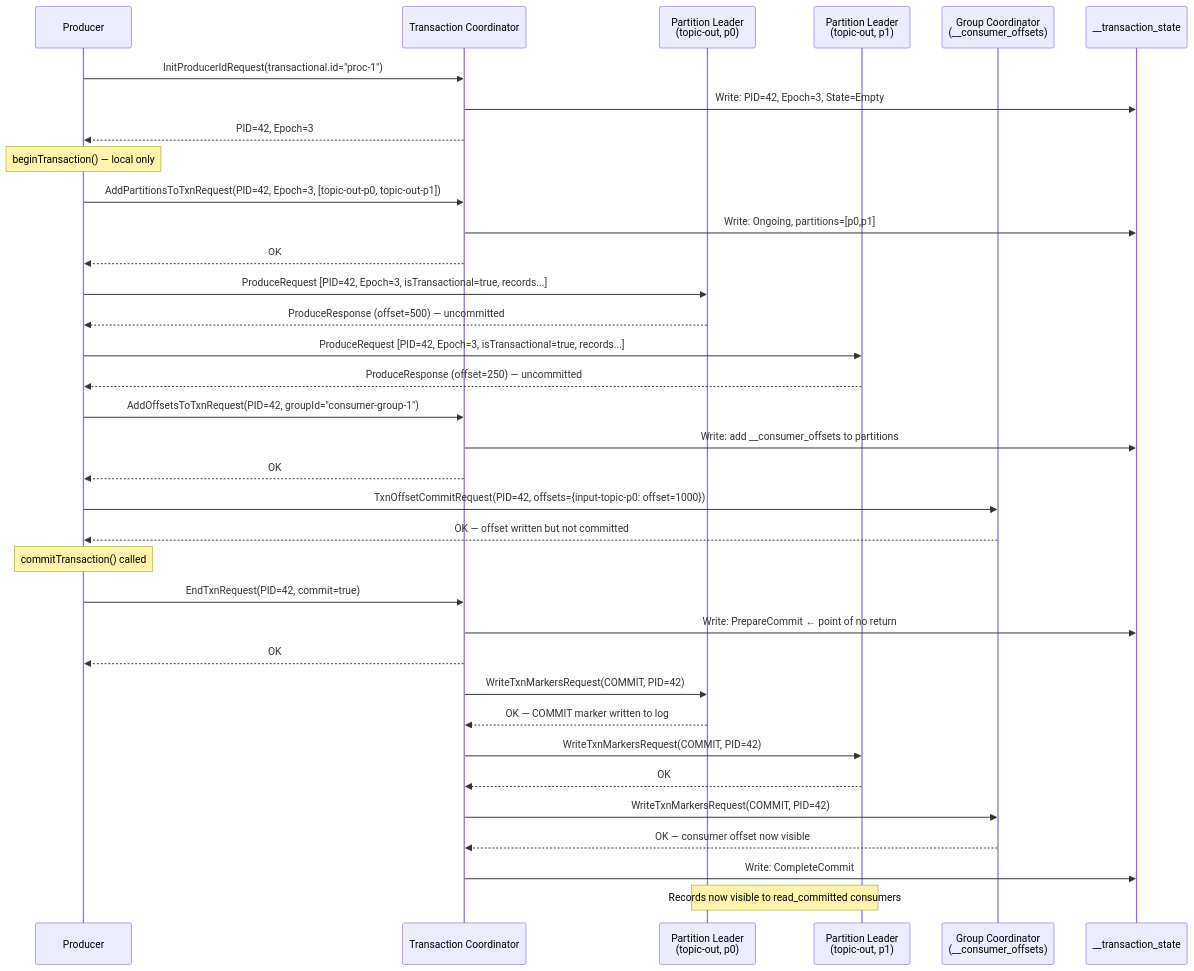
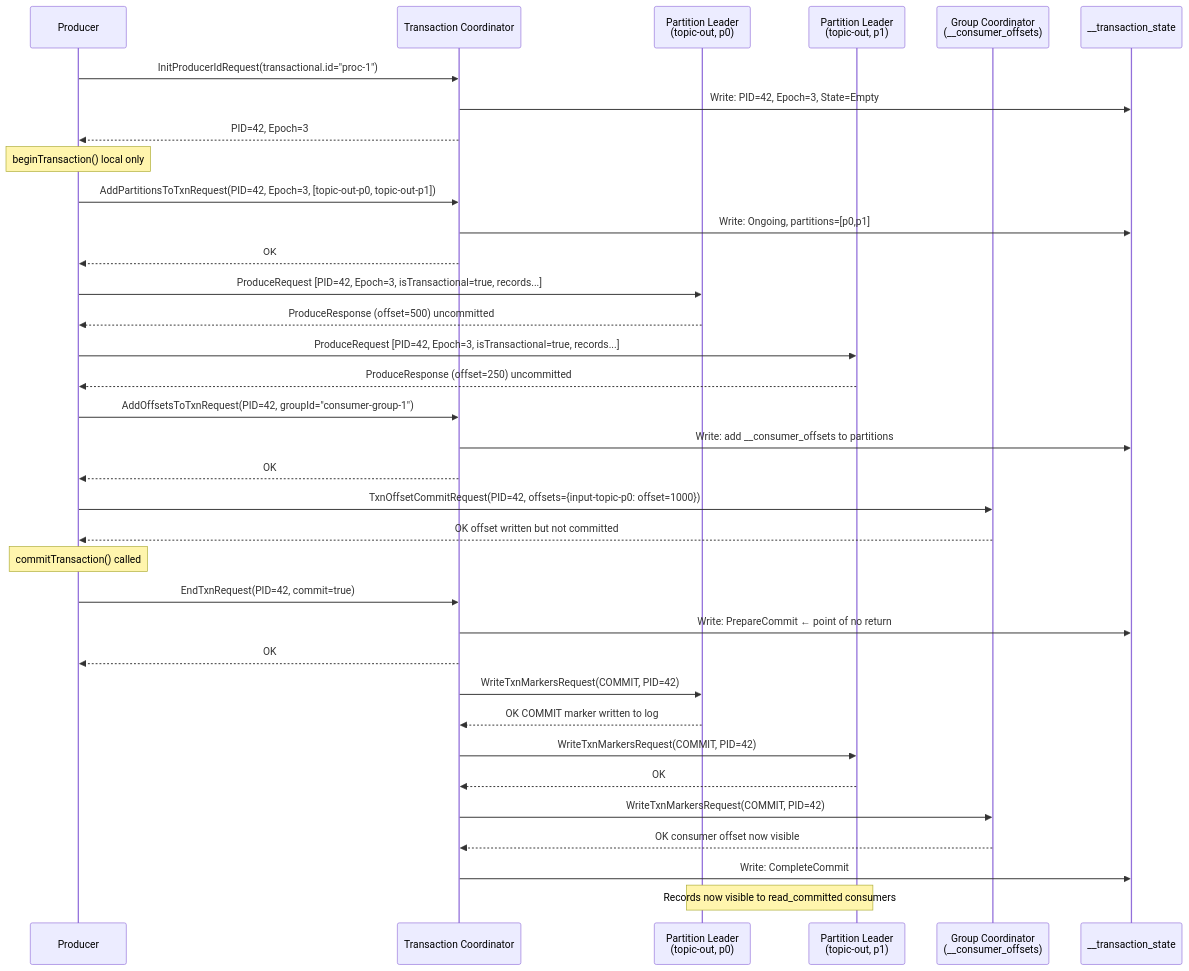
The third of 3 diagrams in Kafka/kafka-deep-dive-part-6.md (Sachinchaurasiya360/Article), drawn with Mermaid before and after one commit. The commit also changed other lines of this file and 73 other files, not shown here.

````diff
--- a/Kafka/kafka-deep-dive-part-6.md
+++ b/Kafka/kafka-deep-dive-part-6.md
@@ -560,48 +560,48 @@
 ```mermaid
 sequenceDiagram
     participant P as Producer
     participant TC as Transaction Coordinator
     participant PL1 as Partition Leader<br/>(topic-out, p0)
     participant PL2 as Partition Leader<br/>(topic-out, p1)
     participant GC as Group Coordinator<br/>(__consumer_offsets)
     participant TS as __transaction_state
 
     P->>TC: InitProducerIdRequest(transactional.id="proc-1")
     TC->>TS: Write: PID=42, Epoch=3, State=Empty
     TC-->>P: PID=42, Epoch=3
 
-    Note over P: beginTransaction() — local only
+    Note over P: beginTransaction()  local only
 
     P->>TC: AddPartitionsToTxnRequest(PID=42, Epoch=3, [topic-out-p0, topic-out-p1])
     TC->>TS: Write: Ongoing, partitions=[p0,p1]
     TC-->>P: OK
 
     P->>PL1: ProduceRequest [PID=42, Epoch=3, isTransactional=true, records...]
-    PL1-->>P: ProduceResponse (offset=500) — uncommitted
+    PL1-->>P: ProduceResponse (offset=500)  uncommitted
 
     P->>PL2: ProduceRequest [PID=42, Epoch=3, isTransactional=true, records...]
-    PL2-->>P: ProduceResponse (offset=250) — uncommitted
+    PL2-->>P: ProduceResponse (offset=250)  uncommitted
 
     P->>TC: AddOffsetsToTxnRequest(PID=42, groupId="consumer-group-1")
     TC->>TS: Write: add __consumer_offsets to partitions
     TC-->>P: OK
 
     P->>GC: TxnOffsetCommitRequest(PID=42, offsets={input-topic-p0: offset=1000})
-    GC-->>P: OK — offset written but not committed
+    GC-->>P: OK  offset written but not committed
 
     Note over P: commitTransaction() called
 
     P->>TC: EndTxnRequest(PID=42, commit=true)
     TC->>TS: Write: PrepareCommit ← point of no return
     TC-->>P: OK
 
     TC->>PL1: WriteTxnMarkersRequest(COMMIT, PID=42)
-    PL1-->>TC: OK — COMMIT marker written to log
+    PL1-->>TC: OK  COMMIT marker written to log
     TC->>PL2: WriteTxnMarkersRequest(COMMIT, PID=42)
     PL2-->>TC: OK
     TC->>GC: WriteTxnMarkersRequest(COMMIT, PID=42)
-    GC-->>TC: OK — consumer offset now visible
+    GC-->>TC: OK  consumer offset now visible
 
     TC->>TS: Write: CompleteCommit
     Note over PL1,PL2: Records now visible to read_committed consumers
 ```
````
